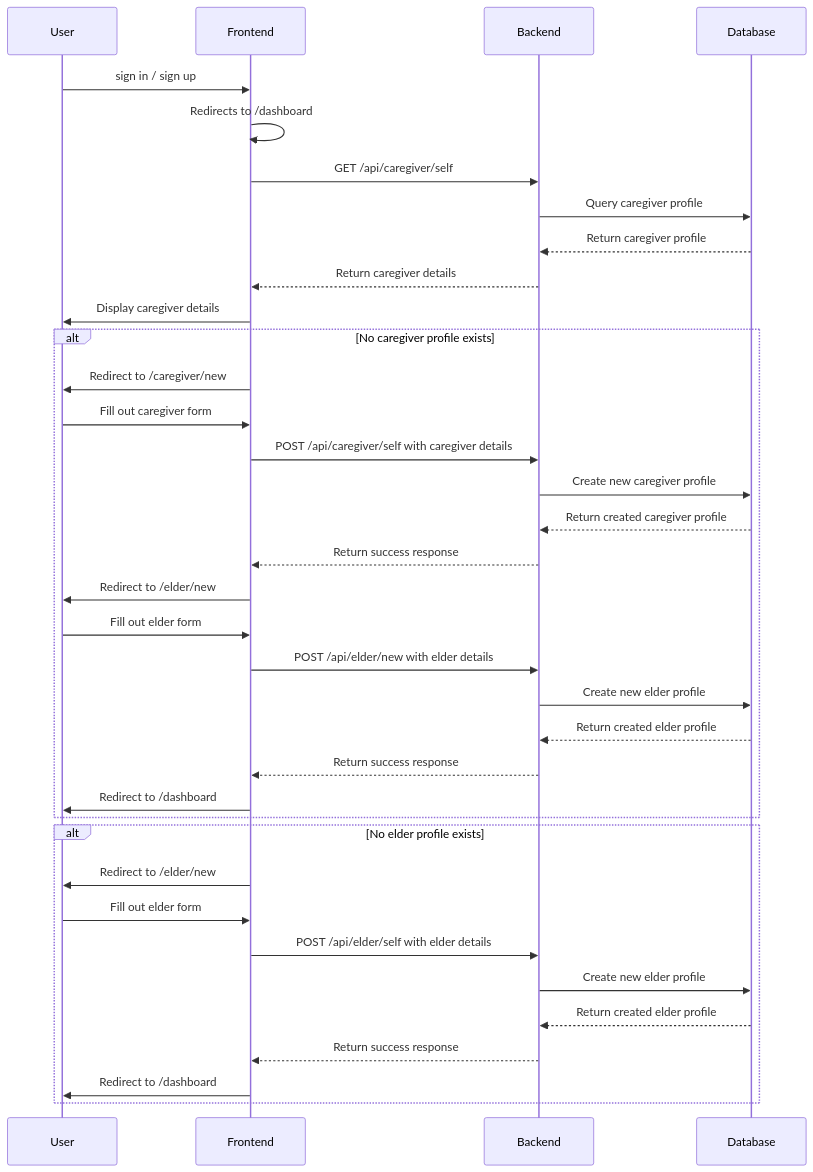
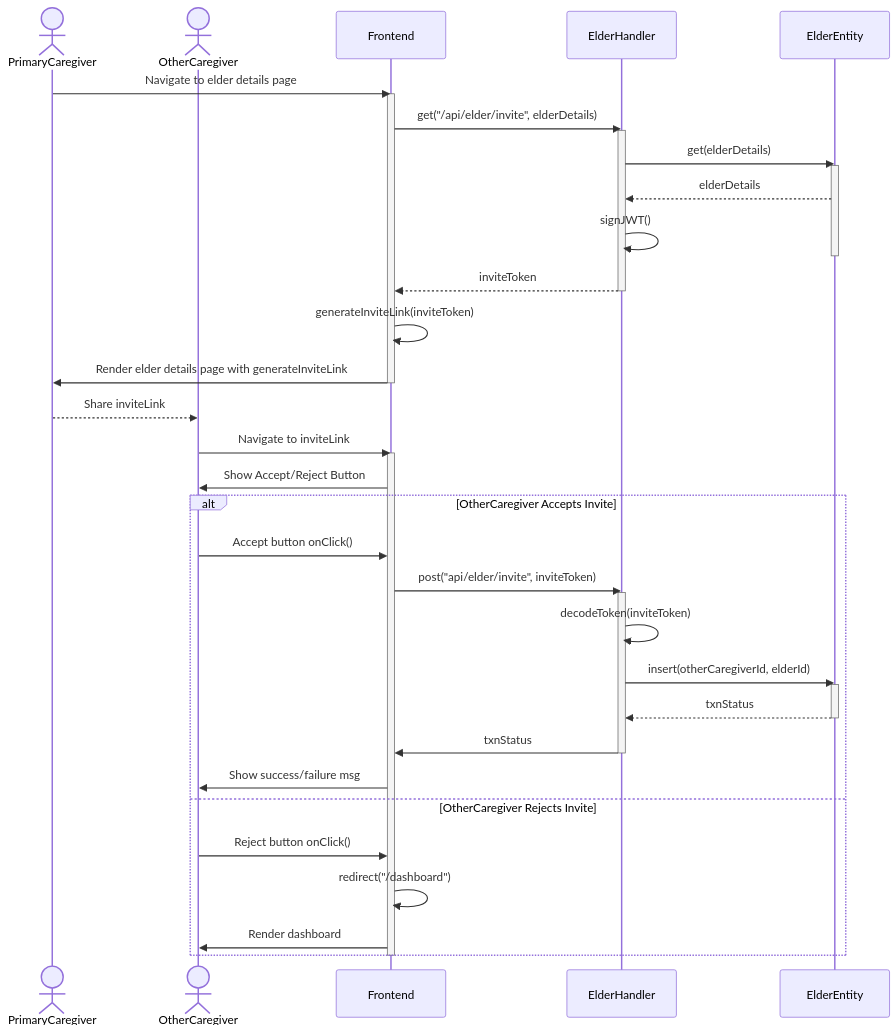
Before and after one commit to Kantosaurus/ESC-C3T2: the fourth of 4 diagrams in docs/caregiver-onboarding.md, drawn with Mermaid. The commit also changed other lines of this file, not shown here.

Commit message:
docs: update caregiver onboarding flows

````diff
--- a/docs/caregiver-onboarding.md
+++ b/docs/caregiver-onboarding.md
@@ -11,40 +117,48 @@
 ```mermaid
 sequenceDiagram
-		participant User
+		actor PrimaryCaregiver
+		actor OtherCaregiver
 		participant Frontend
-		participant Backend
-		participant Database
+		participant ElderHandler
+		participant ElderEntity
 
-		User->>Frontend: sign in / sign up
-		Frontend->>Frontend: Redirects to /dashboard
-		Frontend->>Backend: GET /api/caregiver/self
-		Backend->>Database: Query caregiver profile
-		Database-->>Backend: Return caregiver profile
-		Backend-->>Frontend: Return caregiver details
-		Frontend->>User: Display caregiver details
-		alt No caregiver profile exists
-			Frontend->>User: Redirect to /caregiver/new
-			User->>Frontend: Fill out caregiver form
-			Frontend->>Backend: POST /api/caregiver/self with caregiver details
-			Backend->>Database: Create new caregiver profile
-			Database-->>Backend: Return created caregiver profile
-			Backend-->>Frontend: Return success response
-			Frontend->>User: Redirect to /elder/new
-			User->>Frontend: Fill out elder form
-			Frontend->>Backend: POST /api/elder/new with elder details
-			Backend->>Database: Create new elder profile
-			Database-->>Backend: Return created elder profile
-			Backend-->>Frontend: Return success response
-			Frontend->>User: Redirect to /dashboard
-		end
-		alt No elder profile exists
-			Frontend->>User: Redirect to /elder/new
-			User->>Frontend: Fill out elder form
-			Frontend->>Backend: POST /api/elder/self with elder details
-			Backend->>Database: Create new elder profile
-			Database-->>Backend: Return created elder profile
-			Backend-->>Frontend: Return success response
-			Frontend->>User: Redirect to /dashboard
+		PrimaryCaregiver->>Frontend: Navigate to elder details page
+		activate Frontend
+		Frontend->>ElderHandler: get("/api/elder/invite", elderDetails)
+		activate ElderHandler
+		ElderHandler->>ElderEntity: get(elderDetails)
+		activate ElderEntity
+		ElderEntity-->>ElderHandler: elderDetails
+		ElderHandler->>ElderHandler: signJWT()
+		deactivate ElderEntity
+		ElderHandler-->>Frontend: inviteToken
+		deactivate ElderHandler
+		Frontend->>Frontend: generateInviteLink(inviteToken)
+		Frontend->>PrimaryCaregiver: Render elder details page with generateInviteLink
+		deactivate Frontend
+		PrimaryCaregiver-->>OtherCaregiver: Share inviteLink
+		OtherCaregiver->>Frontend: Navigate to inviteLink
+		activate Frontend
+		Frontend->>OtherCaregiver: Show Accept/Reject Button
+		alt OtherCaregiver Accepts Invite
+			OtherCaregiver->>Frontend: Accept button onClick()
+			Frontend->>ElderHandler: post("api/elder/invite", inviteToken)
+			activate ElderHandler
+			ElderHandler->>ElderHandler: decodeToken(inviteToken)
+			ElderHandler->>ElderEntity: insert(otherCaregiverId, elderId)
+			activate ElderEntity
+			ElderEntity-->>ElderHandler: txnStatus
+			deactivate ElderEntity
+			ElderHandler->>Frontend: txnStatus
+			deactivate ElderHandler
+			Frontend->>OtherCaregiver: Show success/failure msg
+		else OtherCaregiver Rejects Invite
+			OtherCaregiver->>Frontend: Reject button onClick()
+			Frontend->>Frontend: redirect("/dashboard")
+			Frontend->>OtherCaregiver: Render dashboard
 		end
 
+		deactivate Frontend
+
+
 ```
````
